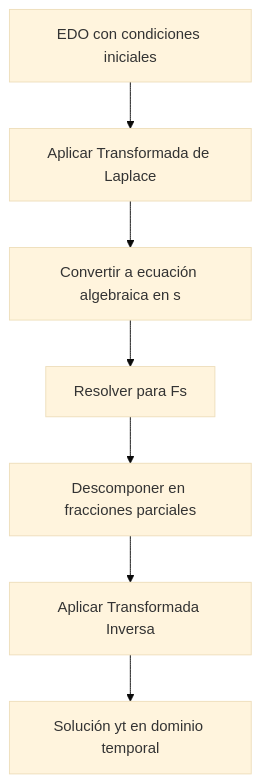
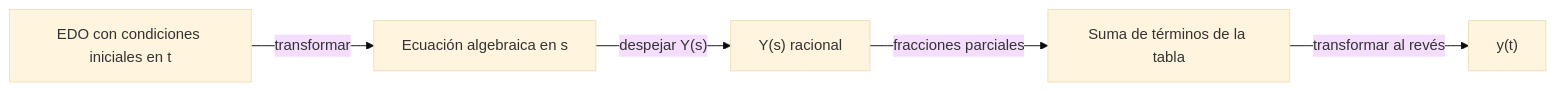
Before and after one commit to djaimej/computer-science-template: the diagram in public/documents/semester-4/3/4334.md, drawn with Mermaid (base theme). The commit also changed other lines of this file and 4 other files, not shown here.

````diff
--- a/public/documents/semester-4/3/4334.md
+++ b/public/documents/semester-4/3/4334.md
@@ -65,9 +58,7 @@
 ```mermaid
-flowchart TD
-    A[EDO con condiciones iniciales] --> B[Aplicar Transformada de Laplace]
-    B --> C[Convertir a ecuación algebraica en s]
-    C --> D[Resolver para Fs]
-    D --> E[Descomponer en fracciones parciales]
-    E --> F[Aplicar Transformada Inversa]
-    F --> G[Solución yt en dominio temporal]
+flowchart LR
+    A["EDO con condiciones iniciales en t"] -->|"transformar"| B["Ecuación algebraica en s"]
+    B -->|"despejar Y(s)"| C["Y(s) racional"]
+    C -->|"fracciones parciales"| D["Suma de términos de la tabla"]
+    D -->|"transformar al revés"| E["y(t)"]
 ```
````
